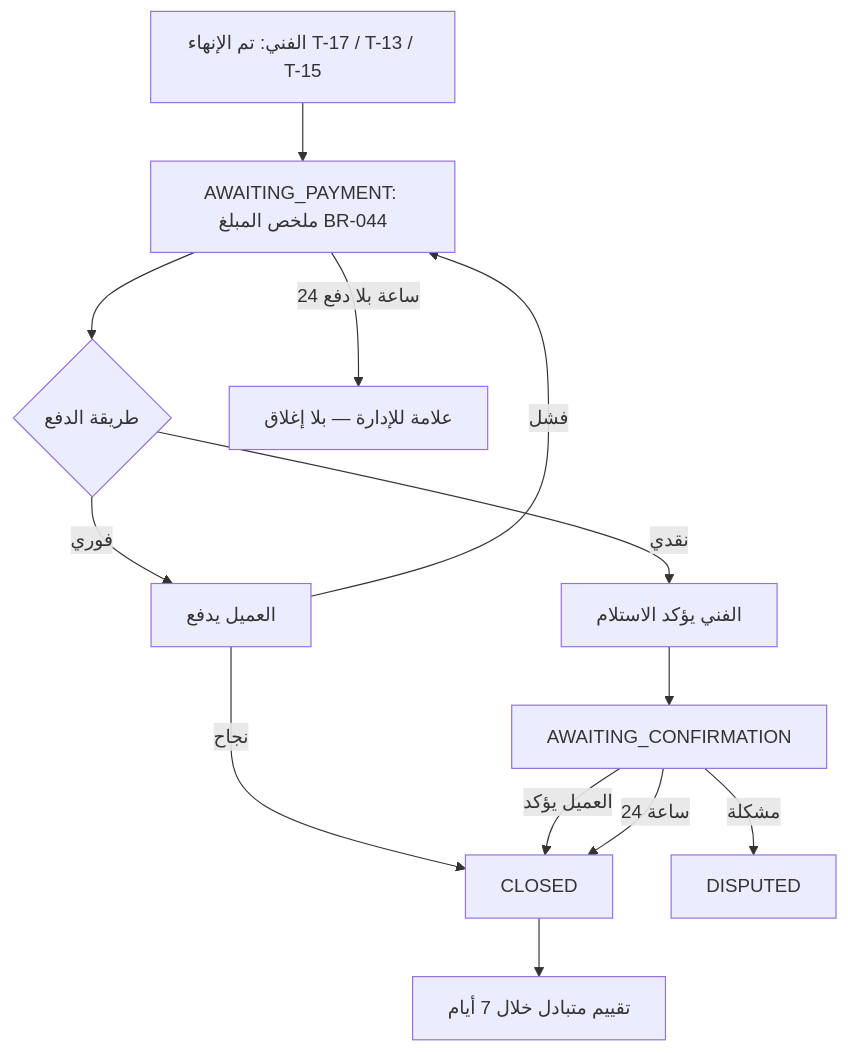
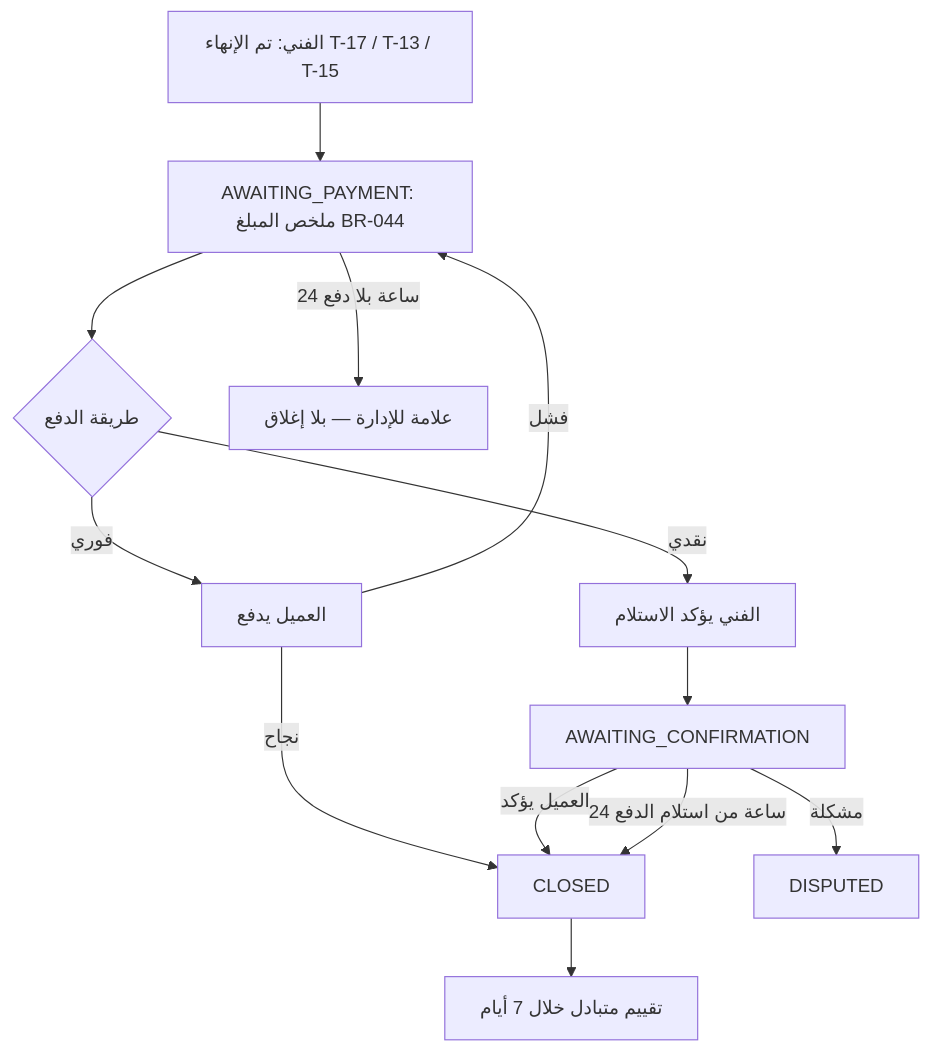
One commit to ma7modGamel/bzr.noox.test changed the diagram in docs/14-COMPLETION-AND-RATING.md. Above: the diagram before and after it, drawn with Mermaid. The commit also changed other lines of this file and 2818 other files, not shown here.

````diff
--- a/docs/14-COMPLETION-AND-RATING.md
+++ b/docs/14-COMPLETION-AND-RATING.md
@@ -3,13 +3,13 @@
 ```mermaid
 flowchart TD
   A[الفني: تم الإنهاء T-17 / T-13 / T-15] --> B[AWAITING_PAYMENT: ملخص المبلغ BR-044]
   B --> C{طريقة الدفع}
   C -- فوري --> D[العميل يدفع] -->|نجاح| G[CLOSED]
   D -->|فشل| B
   C -- نقدي --> E[الفني يؤكد الاستلام] --> F[AWAITING_CONFIRMATION]
   F -->|العميل يؤكد| G
-  F -->|24 ساعة| G
+  F -->|24 ساعة من استلام الدفع| G
   F -->|مشكلة| H[DISPUTED]
   B -->|24 ساعة بلا دفع| I[علامة للإدارة — بلا إغلاق]
   G --> J[تقييم متبادل خلال 7 أيام]
 ```
````
